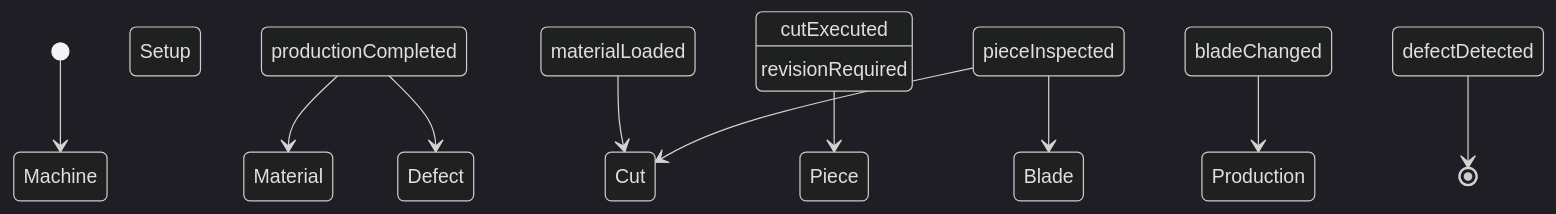
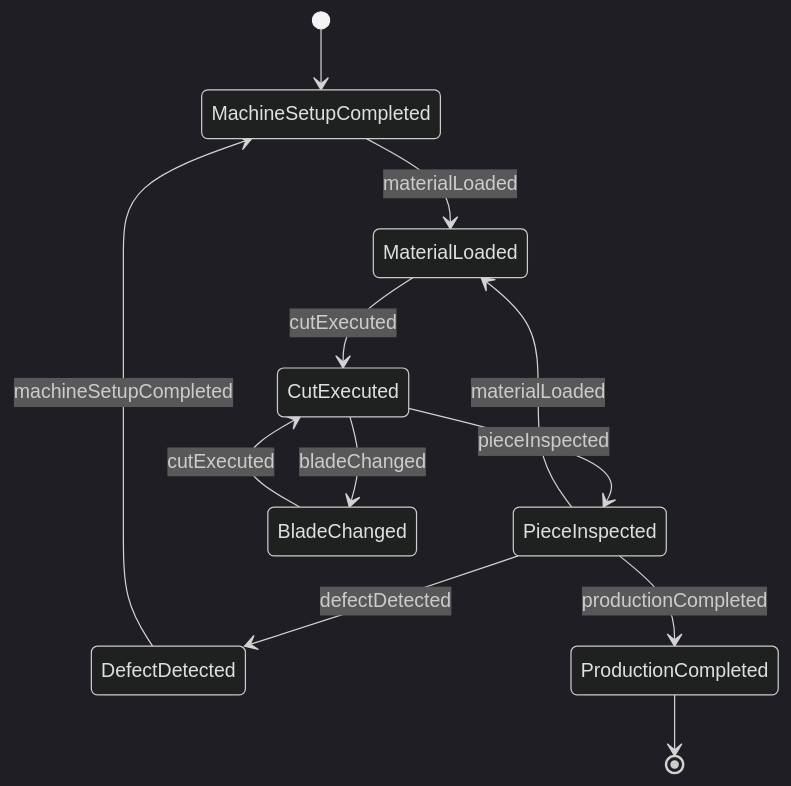
One commit to dot-org-ai/tasks.org.ai changed the second of 4 diagrams in ControllingMachinesAndProcesses/OperateCuttingOrGrindingEquipment/OperateWoodworkingEquipment.mdx. Above: the diagram before and after it, drawn with Mermaid (dark theme). The commit also changed other lines of this file and 515 other files, not shown here.

````diff
--- a/ControllingMachinesAndProcesses/OperateCuttingOrGrindingEquipment/OperateWoodworkingEquipment.mdx
+++ b/ControllingMachinesAndProcesses/OperateCuttingOrGrindingEquipment/OperateWoodworkingEquipment.mdx
@@ -98,12 +98,14 @@
 ```mermaid
 stateDiagram-v2
-    [*] --> Machine Setup Completed
-    Machine Setup Completed --> Material Loaded : materialLoaded
-    Material Loaded --> Cut Executed : cutExecuted
-    Cut Executed --> Piece Inspected : pieceInspected
-    Piece Inspected --> Blade Changed : bladeChanged
-    Blade Changed --> Production Completed : productionCompleted
-    Production Completed --> Defect Detected : defectDetected
-    Piece Inspected --> Cut Executed : revisionRequired
-    Defect Detected --> [*]
+    [*] --> MachineSetupCompleted
+    MachineSetupCompleted --> MaterialLoaded : materialLoaded
+    MaterialLoaded --> CutExecuted : cutExecuted
+    CutExecuted --> PieceInspected : pieceInspected
+    PieceInspected --> DefectDetected : defectDetected
+    DefectDetected --> MachineSetupCompleted : machineSetupCompleted
+    PieceInspected --> MaterialLoaded : materialLoaded
+    CutExecuted --> BladeChanged : bladeChanged
+    BladeChanged --> CutExecuted : cutExecuted
+    PieceInspected --> ProductionCompleted : productionCompleted
+    ProductionCompleted --> [*]
 ```
````
